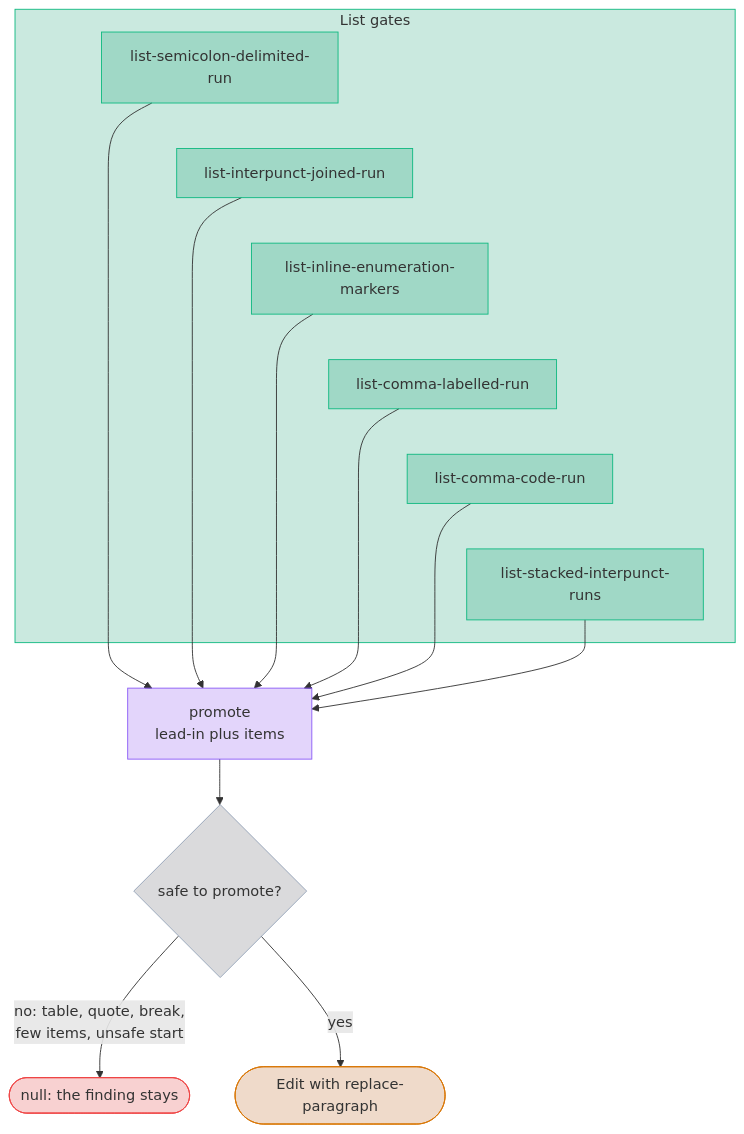
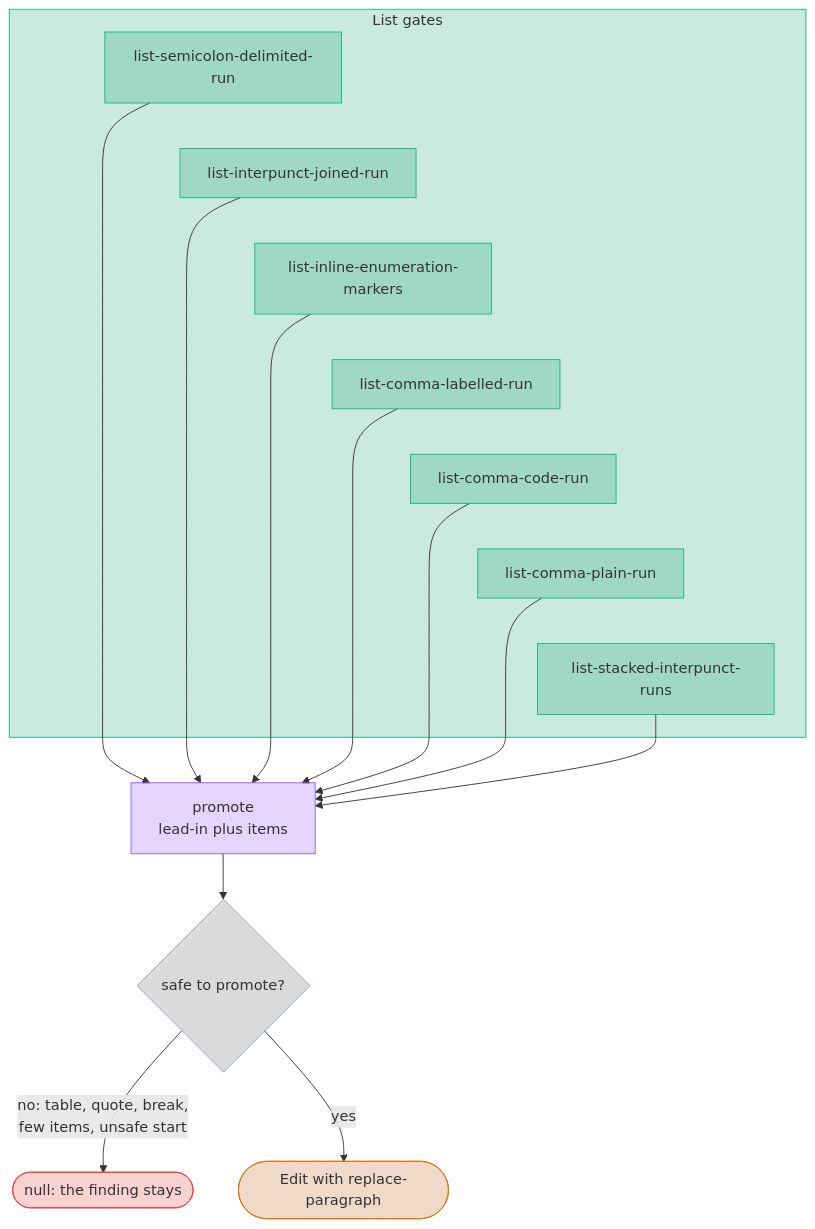
Diagram 18 of 20 in docs/DATA_MODEL.md (jpeakai/jpai-prose-gates), drawn with Mermaid before and after one commit. The commit also changed other lines of this file and 29 other files, not shown here.

First line of the commit message:
feat: list-comma-plain-run, and minItems on every list run rule

````diff
--- a/docs/DATA_MODEL.md
+++ b/docs/DATA_MODEL.md
@@ -650,34 +650,36 @@
 ```mermaid
 flowchart TB
     subgraph gates["List gates"]
         G3["list-semicolon-delimited-run"]:::gate
         G6["list-interpunct-joined-run"]:::gate
         G7["list-inline-enumeration-markers"]:::gate
         G8["list-comma-labelled-run"]:::gate
         G10["list-comma-code-run"]:::gate
+        G11["list-comma-plain-run"]:::gate
         G9["list-stacked-interpunct-runs"]:::gate
     end
-    G3 ~~~ G6 ~~~ G7 ~~~ G8 ~~~ G10 ~~~ G9
+    G3 ~~~ G6 ~~~ G7 ~~~ G8 ~~~ G10 ~~~ G11 ~~~ G9
     PROM["promote<br/>lead-in plus items"]:::build
     GUARD{"safe to promote?"}:::decide
     NULL(["null: the finding stays"]):::bad
     EDIT(["Edit with replace-paragraph"]):::ok
 
     G3 --> PROM
     G6 --> PROM
     G7 --> PROM
     G8 --> PROM
     G10 --> PROM
+    G11 --> PROM
     G9 --> PROM
     PROM --> GUARD
     GUARD -- "no: table, quote, break,<br/>few items, unsafe start" --> NULL
     GUARD -- "yes" --> EDIT
 
     classDef gate   fill:#05966936,stroke:#10b981
     classDef build  fill:#7c3aed36,stroke:#8b5cf6
     classDef decide fill:#52525b36,stroke:#94a3b8
     classDef ok     fill:#b4530936,stroke:#d97706
     classDef bad    fill:#dc262636,stroke:#ef4444
 
     style gates fill:#05966936,stroke:#10b981
 ```
````
